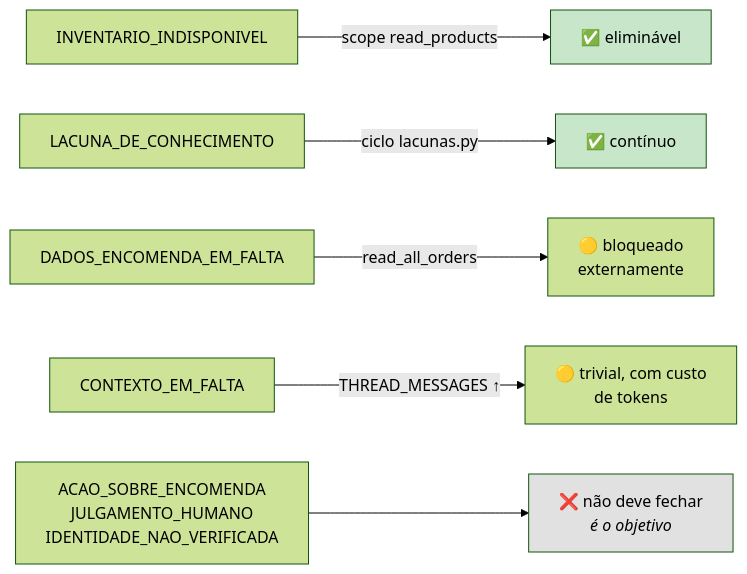
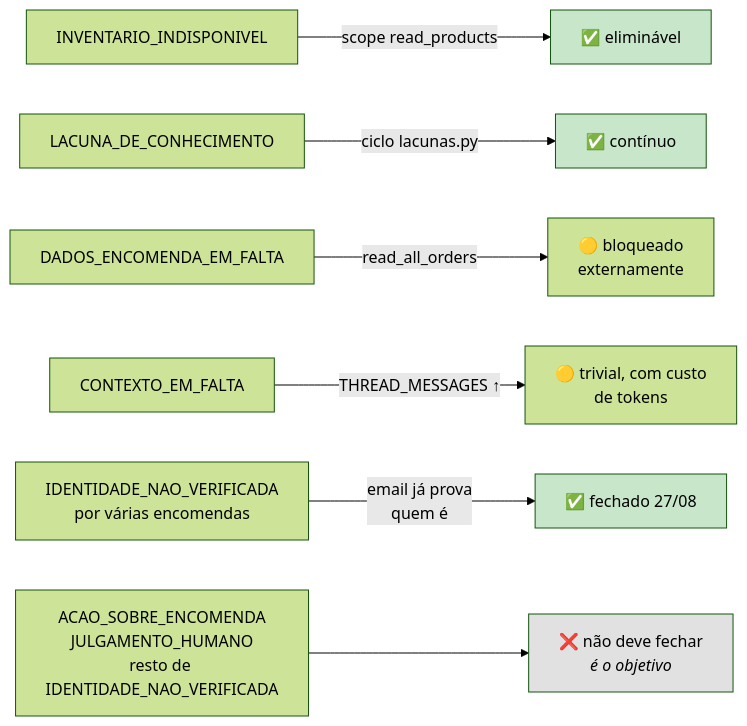
One commit to joaocarvalhini/Outlook-Reply-Assistant changed the second of 2 diagrams in docs/05-reliability/escalation.md. Above: the diagram before and after it, drawn with Mermaid (forest theme). The commit also changed other lines of this file and 18 other files, not shown here.

````diff
--- a/docs/05-reliability/escalation.md
+++ b/docs/05-reliability/escalation.md
@@ -221,12 +222,14 @@
 ```mermaid
 flowchart LR
     A["INVENTARIO_INDISPONIVEL"] -->|"scope read_products"| A1["✅ eliminável"]
     B["LACUNA_DE_CONHECIMENTO"] -->|"ciclo lacunas.py"| B1["✅ contínuo"]
     C["DADOS_ENCOMENDA_EM_FALTA"] -->|"read_all_orders"| C1["🟡 bloqueado<br/>externamente"]
     D["CONTEXTO_EM_FALTA"] -->|"THREAD_MESSAGES ↑"| D1["🟡 trivial, com custo<br/>de tokens"]
-    E["ACAO_SOBRE_ENCOMENDA<br/>JULGAMENTO_HUMANO<br/>IDENTIDADE_NAO_VERIFICADA"] --> E1["❌ não deve fechar<br/><i>é o objetivo</i>"]
+    F["IDENTIDADE_NAO_VERIFICADA<br/>por várias encomendas"] -->|"email já prova<br/>quem é"| F1["✅ fechado 27/08"]
+    E["ACAO_SOBRE_ENCOMENDA<br/>JULGAMENTO_HUMANO<br/>resto de IDENTIDADE_NAO_VERIFICADA"] --> E1["❌ não deve fechar<br/><i>é o objetivo</i>"]
 
     style A1 fill:#c8e6c9
     style B1 fill:#c8e6c9
+    style F1 fill:#c8e6c9
     style E1 fill:#e1e1e1
 ```
````
